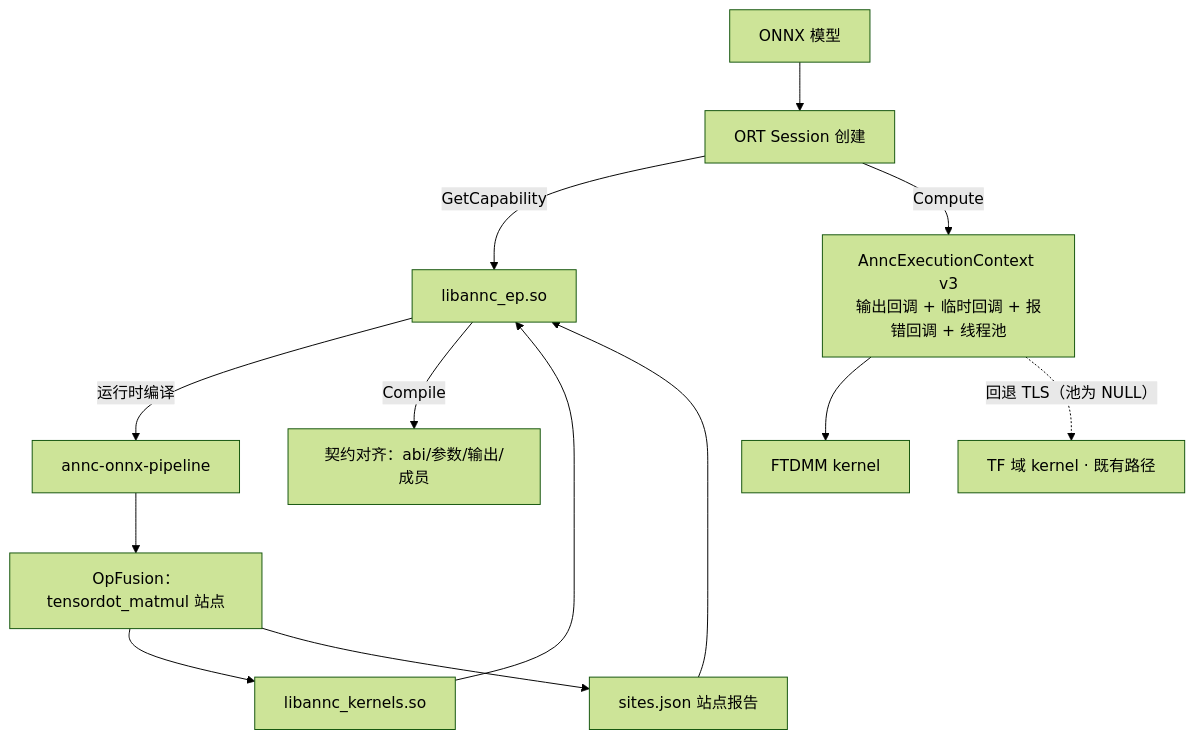
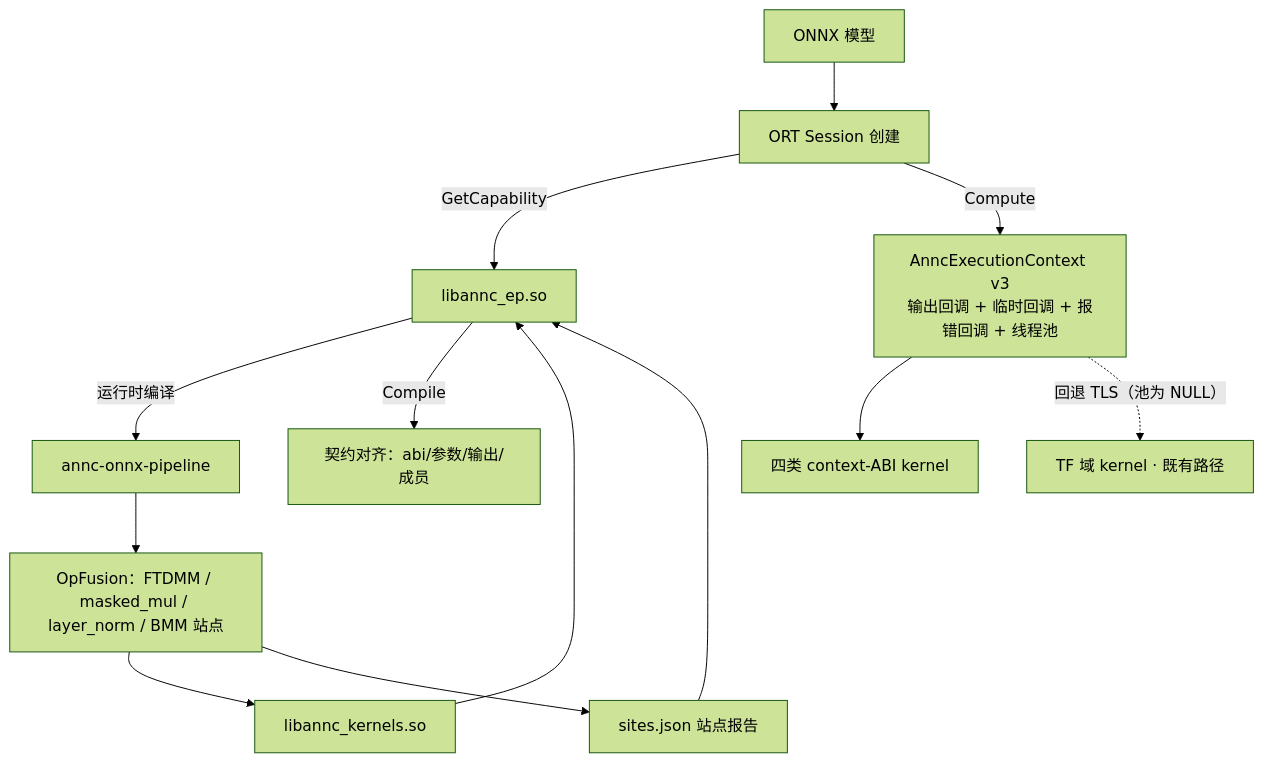
One commit to openeuler-mirror/ANNC changed the diagram in docs/Feature/ort-ep-execution-context-architecture-design.md. Above: the diagram before and after it, drawn with Mermaid (forest theme). The commit also changed other lines of this file and 2 other files, not shown here.

First line of the commit message:
docs(ort): align fusion context and native backend contracts

````diff
--- a/docs/Feature/ort-ep-execution-context-architecture-design.md
+++ b/docs/Feature/ort-ep-execution-context-architecture-design.md
@@ -42,15 +42,15 @@
 ```mermaid
 flowchart TD
   Model[ONNX 模型] --> ORT[ORT Session 创建]
   ORT -->|GetCapability| EP[libannc_ep.so]
   EP -->|运行时编译| Pipeline[annc-onnx-pipeline]
-  Pipeline --> Fusion[OpFusion：tensordot_matmul 站点]
+  Pipeline --> Fusion[OpFusion：FTDMM / masked_mul / layer_norm / BMM 站点]
   Fusion --> KernelLib[libannc_kernels.so]
   Fusion --> Report[sites.json 站点报告]
   Report --> EP
   KernelLib --> EP
   EP -->|Compile| Contract[契约对齐：abi/参数/输出/成员]
   ORT -->|Compute| Ctx[AnncExecutionContext v3<br/>输出回调 + 临时回调 + 报错回调 + 线程池]
-  Ctx --> K1[FTDMM kernel]
+  Ctx --> K1[四类 context-ABI kernel]
   Ctx -. 回退 TLS（池为 NULL） .-> TF[TF 域 kernel · 既有路径]
 ```
````
